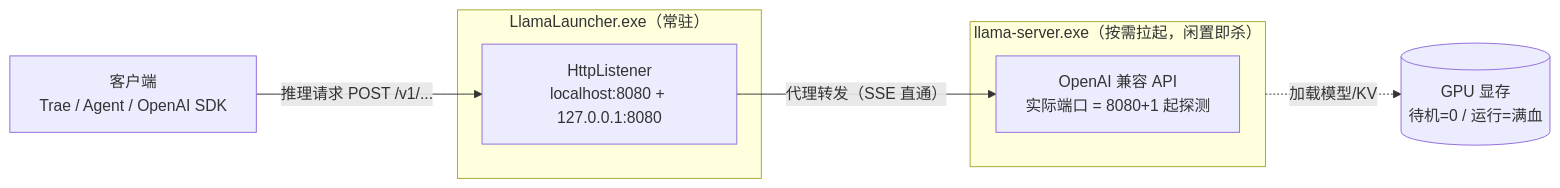
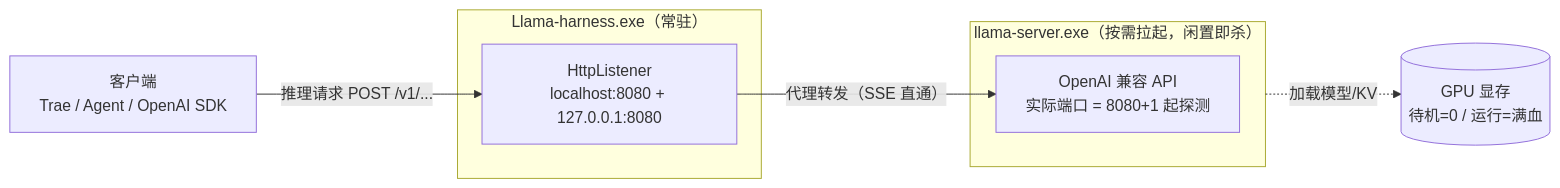
Before and after one commit to axggdzz/llama-harness-for-mac: the second of 7 diagrams in docs/架构设计说明书.md, drawn with Mermaid. The commit also changed other lines of this file and 12 other files, not shown here.

First line of the commit message:
refactor: 项目重命名 LlamaLauncher→LlamaHarness + 日志按行独立着色

````diff
--- a/docs/架构设计说明书.md
+++ b/docs/架构设计说明书.md
@@ -89,15 +89,15 @@
 ```mermaid
 flowchart LR
     C[客户端<br/>Trae / Agent / OpenAI SDK]
-    subgraph LL["LlamaLauncher.exe（常驻）"]
+    subgraph LL["Llama-harness.exe（常驻）"]
         HL[HttpListener<br/>localhost:8080 + 127.0.0.1:8080]
     end
     subgraph LS["llama-server.exe（按需拉起，闲置即杀）"]
         API[OpenAI 兼容 API<br/>实际端口 = 8080+1 起探测]
     end
     G[(GPU 显存<br/>待机=0 / 运行=满血)]
 
     C -->|推理请求 POST /v1/...| HL
     HL -->|代理转发（SSE 直通）| API
     LS -.->|加载模型/KV| G
 ```
````
